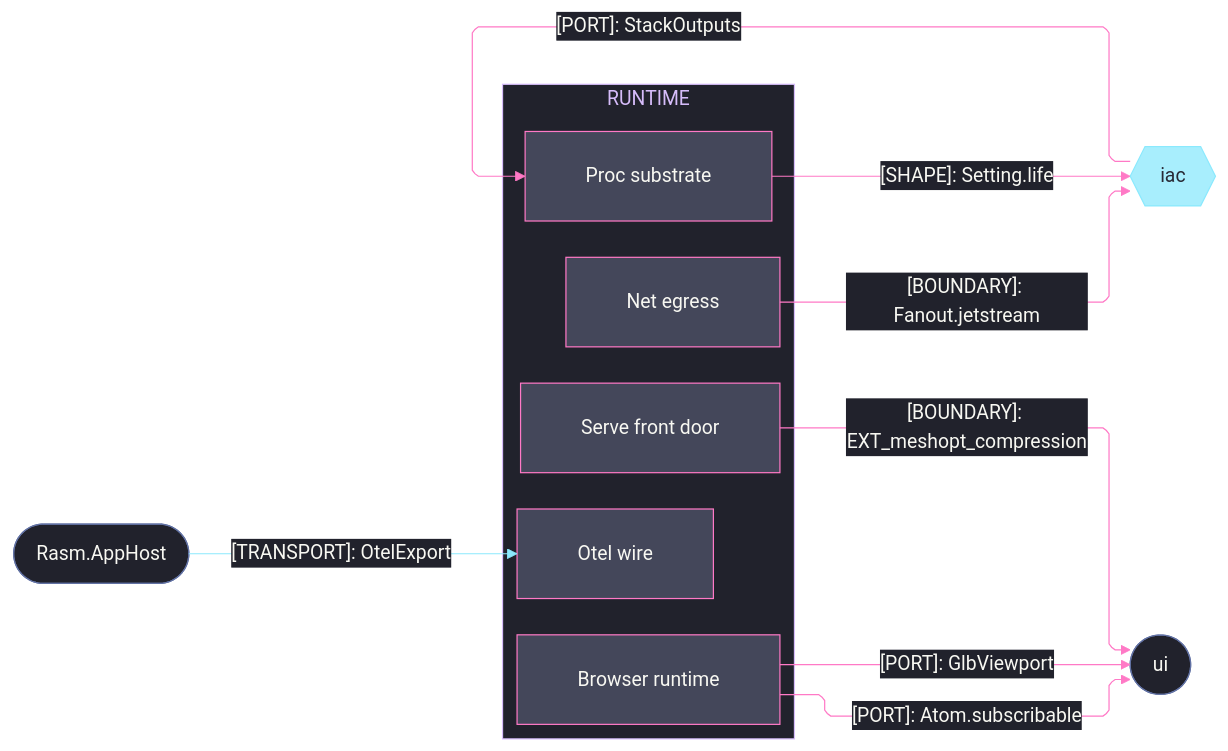
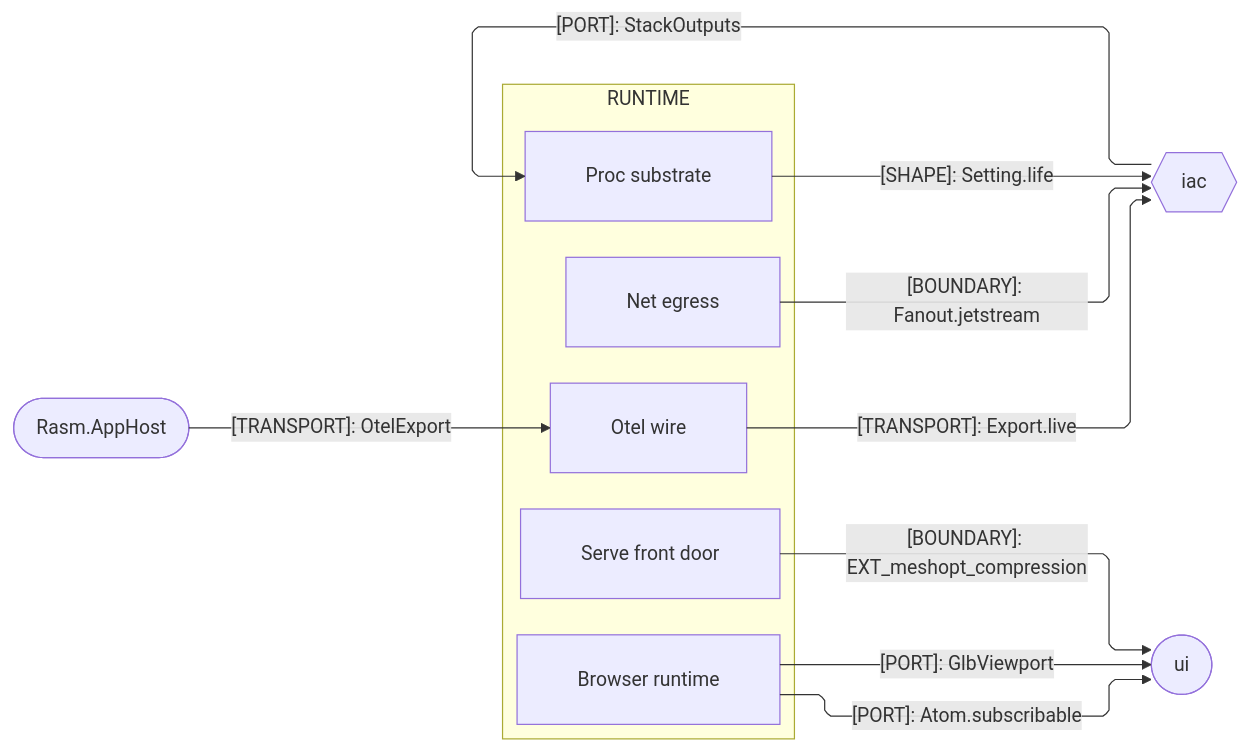
One commit to bsamiee/Rasm changed the third of 3 diagrams in libs/typescript/runtime/ARCHITECTURE.md. Above: the diagram before and after it, drawn with Mermaid. The commit also changed other lines of this file and 460 other files, not shown here.

````diff
--- a/libs/typescript/runtime/ARCHITECTURE.md
+++ b/libs/typescript/runtime/ARCHITECTURE.md
@@ -196,58 +148,30 @@
 ```mermaid
 ---
 config:
-  theme: base
-  look: classic
   layout: elk
   flowchart:
     curve: linear
     padding: 25
-  themeVariables:
-    darkMode: true
-    fontFamily: "SF Mono, Menlo, Cascadia Mono, Segoe UI Mono, Consolas, monospace"
-    useGradient: false
-    dropShadow: "none"
-    background: "#282A36"
-    primaryColor: "#44475A"
-    primaryTextColor: "#F8F8F2"
-    primaryBorderColor: "#BD93F9"
-    lineColor: "#FF79C6"
-    textColor: "#F8F8F2"
-    clusterBkg: "#21222C"
-    clusterBorder: "#D6BCFA"
-    edgeLabelBackground: "#21222C"
-    labelBackgroundColor: "#21222C"
-    titleColor: "#D6BCFA"
-  themeCSS: ".nodeLabel{font-size:13px;font-weight:500}.edgeLabel{font-size:12px;font-weight:500}.cluster-label .nodeLabel{font-size:13.5px;font-weight:700;letter-spacing:.08em}.edge-thickness-normal{stroke-width:2px}.edge-thickness-thick{stroke-width:3px}.edge-pattern-dashed,.edge-pattern-dotted{stroke-width:1.5px;stroke-dasharray:4 6}.node rect,.node circle,.node polygon,.node path,.node .outer-path{stroke-width:1.5px;filter:none!important}.cluster rect{stroke-width:1px!important;stroke-dasharray:5 4!important;filter:none!important}.marker path{transform:scale(.8);transform-origin:5px 5px}.marker circle{transform:scale(.48);transform-origin:5px 5px}.edgeLabel rect{transform-box:fill-box;transform-origin:center;transform:scale(1.1,1.2)}"
 ---
 flowchart LR
     accTitle: Runtime platform and cross-runtime seam registry
-    accDescr: Runtime sub-domain owners exchanging settings, stack outputs, transcoder assets, subscribable planes, and OTLP telemetry with the iac and ui TypeScript peers and the Rasm.AppHost cross-runtime host, edge rails colored by kind and nodes classed by seam direction.
+    accDescr: Runtime sub-domain owners exchanging settings, stack outputs, transcoder assets, subscribable planes, and OTLP telemetry with the iac and ui TypeScript peers and the Rasm.AppHost cross-runtime host, one edge per contract family mirrored at each counterpart.
     subgraph runtime[RUNTIME]
         Otel[Otel wire]
         Proc[Proc substrate]
         Net[Net egress]
         Serve[Serve front door]
         Browser[Browser runtime]
     end
     AppHost([Rasm.AppHost])
     Iac{{iac}}
     Ui([ui])
     AppHost e1@-->|"[TRANSPORT]: OtelExport"| Otel
     Proc e2@-->|"[SHAPE]: Setting.life"| Iac
     Net e3@-->|"[BOUNDARY]: Fanout.jetstream"| Iac
     Iac e4@-->|"[PORT]: StackOutputs"| Proc
     Serve e5@-->|"[BOUNDARY]: EXT_meshopt_compression"| Ui
     Browser e6@-->|"[PORT]: Atom.subscribable"| Ui
     Browser e7@-->|"[PORT]: GlbViewport"| Ui
-    classDef primary fill:#44475A,stroke:#FF79C6,color:#F8F8F2
-    classDef external fill:#8BE9FDBF,stroke:#8BE9FD,color:#282A36
-    classDef recessed fill:#21222C,stroke:#6272A4,color:#F8F8F2
-    classDef edgeExternal stroke:#8BE9FD,color:#F8F8F2
-    classDef edgeControl stroke:#FF79C6,color:#F8F8F2
-    class Otel,Proc,Net,Serve,Browser primary
-    class Iac external
-    class AppHost,Ui recessed
-    class e1 edgeExternal
-    class e2,e3,e4,e5,e6,e7 edgeControl
+    Otel e8@-->|"[TRANSPORT]: Export.live"| Iac
 ```
````
